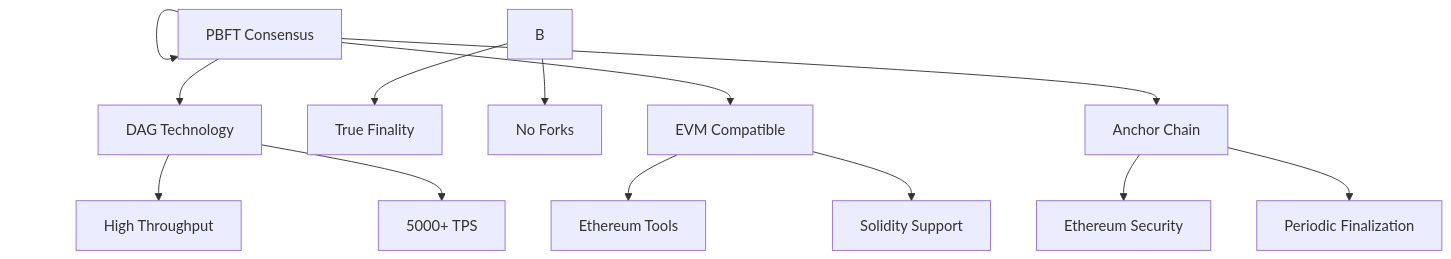
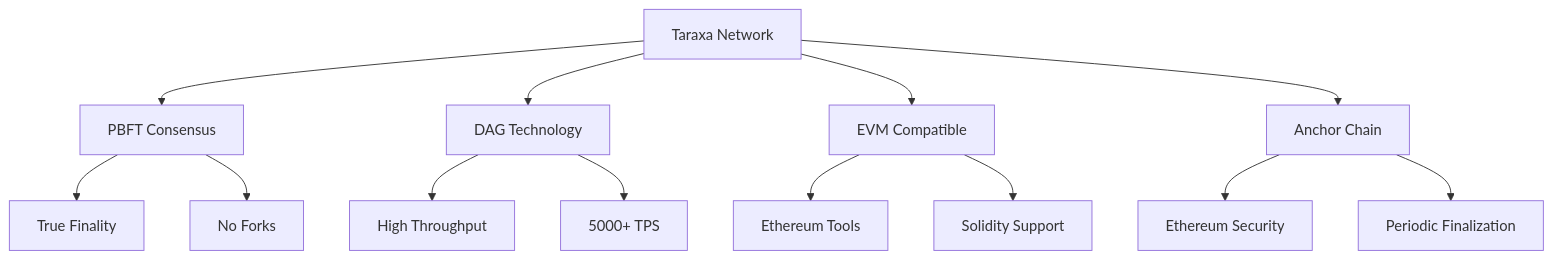
One commit to mastergong/learning changed the diagram in taraxa-smart-contracts/01-introduction-to-taraxa.md. Above: the diagram before and after it, drawn with Mermaid.

Commit message:
Update 01-introduction-to-taraxa.md
B

````diff
--- a/taraxa-smart-contracts/01-introduction-to-taraxa.md
+++ b/taraxa-smart-contracts/01-introduction-to-taraxa.md
@@ -15,19 +15,19 @@
 ```mermaid
 graph TD
-    ก[Taraxa Network] --> ก[PBFT Consensus]
+    ก[Taraxa Network] --> B[PBFT Consensus]
     ก --> C[DAG Technology]  
     ก --> D[EVM Compatible]
     ก --> E[Anchor Chain]
     
     B --> F[True Finality]
     B --> G[No Forks]
     
     C --> H[High Throughput]
     C --> I[5000+ TPS]
     
     D --> J[Ethereum Tools]
     D --> K[Solidity Support]
     
     E --> L[Ethereum Security]
     E --> M[Periodic Finalization]
 ```
````
